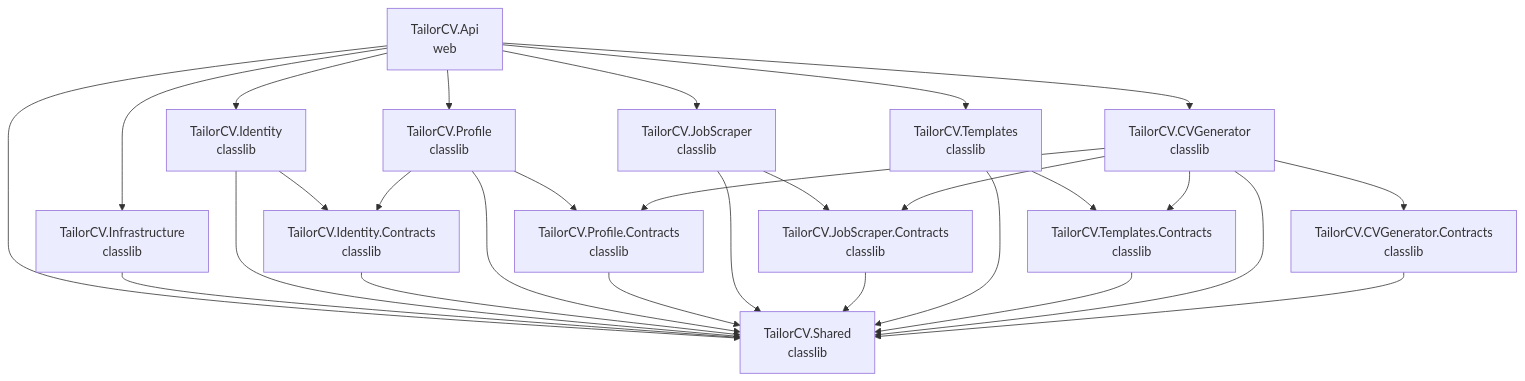
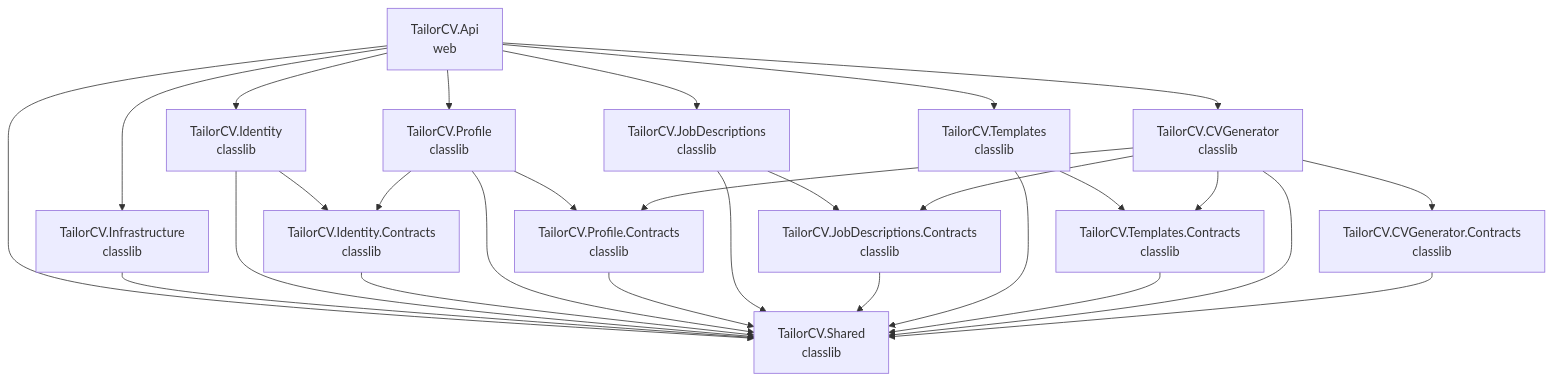
One commit to AbanoubPhelopos/TailorCV changed the first of 2 diagrams in docs/architecture/project-dependencies.md. Above: the diagram before and after it, drawn with Mermaid. The commit also changed other lines of this file and 11 other files, not shown here.

Commit message:
docs: update JobDescriptions docs to reflect Wolverine-only architecture, rename dir, remove secrets

````diff
--- a/docs/architecture/project-dependencies.md
+++ b/docs/architecture/project-dependencies.md
@@ -5,55 +5,55 @@
 ```mermaid
 graph TD
     API[TailorCV.Api<br/>web]
     SHARED[TailorCV.Shared<br/>classlib]
     INFRA[TailorCV.Infrastructure<br/>classlib]
 
     IDENTITY[TailorCV.Identity<br/>classlib]
     ID_CON[TailorCV.Identity.Contracts<br/>classlib]
 
     PROFILE[TailorCV.Profile<br/>classlib]
     PR_CON[TailorCV.Profile.Contracts<br/>classlib]
 
-    JOBS[TailorCV.JobScraper<br/>classlib]
-    JS_CON[TailorCV.JobScraper.Contracts<br/>classlib]
+    JOBS[TailorCV.JobDescriptions<br/>classlib]
+    JS_CON[TailorCV.JobDescriptions.Contracts<br/>classlib]
 
     TMPL[TailorCV.Templates<br/>classlib]
     TM_CON[TailorCV.Templates.Contracts<br/>classlib]
 
     CVGEN[TailorCV.CVGenerator<br/>classlib]
     CV_CON[TailorCV.CVGenerator.Contracts<br/>classlib]
 
     API --> SHARED
     API --> INFRA
     API --> IDENTITY
     API --> PROFILE
     API --> JOBS
     API --> TMPL
     API --> CVGEN
 
     INFRA --> SHARED
 
     IDENTITY --> SHARED
     IDENTITY --> ID_CON
     ID_CON --> SHARED
 
     PROFILE --> SHARED
     PROFILE --> PR_CON
     PROFILE --> ID_CON
     PR_CON --> SHARED
 
     JOBS --> SHARED
     JOBS --> JS_CON
     JS_CON --> SHARED
 
     TMPL --> SHARED
     TMPL --> TM_CON
     TM_CON --> SHARED
 
     CVGEN --> SHARED
     CVGEN --> CV_CON
     CVGEN --> PR_CON
     CVGEN --> JS_CON
     CVGEN --> TM_CON
     CV_CON --> SHARED
 ```
````
